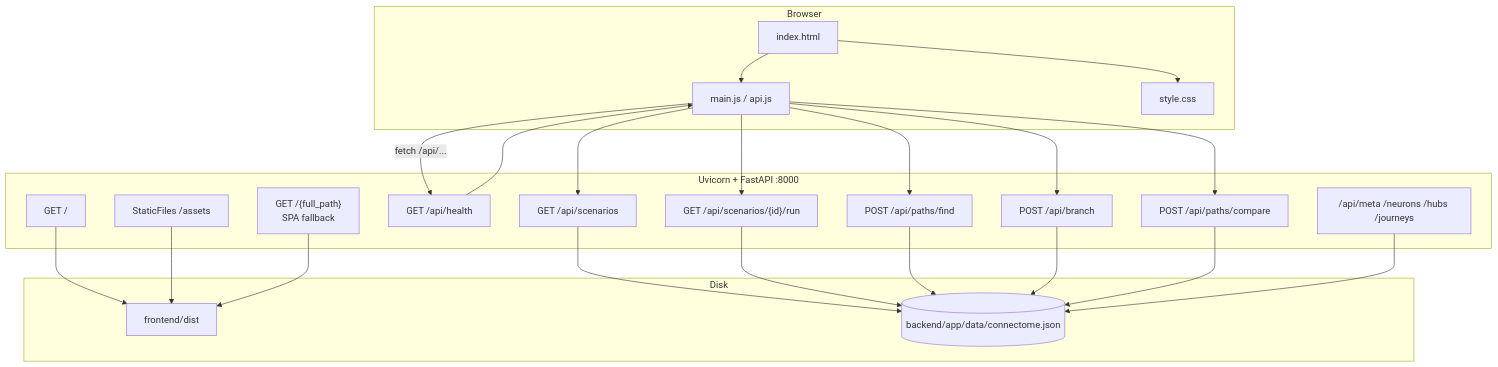
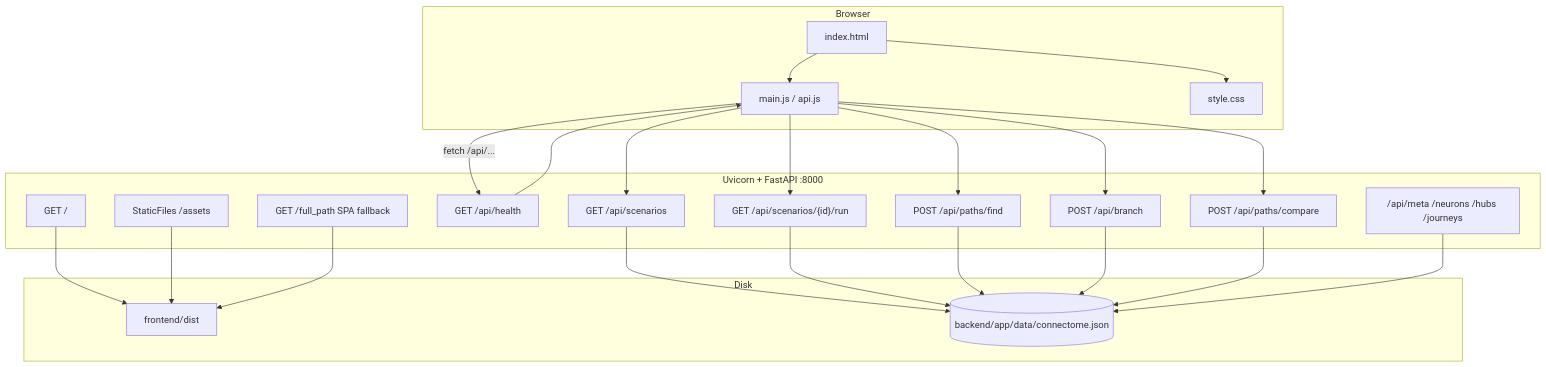
The first of 9 diagrams in docs/ARCHITECTURE.md (kalyandhar84/When-LLM-Play-with-fruit-fly-s-Brain), drawn with Mermaid before and after one commit. The commit also changed other lines of this file and 9 other files, not shown here.

````diff
--- a/docs/ARCHITECTURE.md
+++ b/docs/ARCHITECTURE.md
@@ -457,45 +457,45 @@
 ```mermaid
 flowchart TB
   subgraph Browser
     HTML[index.html]
-    JS[main.js / api.js]
+    JS["main.js / api.js"]
     CSS[style.css]
   end
 
   subgraph "Uvicorn + FastAPI :8000"
     ROOT["GET /"]
     ASSETS["StaticFiles /assets"]
-    FALL["GET /{full_path}<br/>SPA fallback"]
+    FALL["GET /full_path SPA fallback"]
     HEALTH["GET /api/health"]
     SCEN["GET /api/scenarios"]
     RUN["GET /api/scenarios/{id}/run"]
     FIND["POST /api/paths/find"]
     BRANCH["POST /api/branch"]
     CMP["POST /api/paths/compare"]
     OTHER["/api/meta /neurons /hubs /journeys"]
   end
 
   subgraph Disk
     DIST["frontend/dist"]
     JSON[("backend/app/data/connectome.json")]
   end
 
   HTML --> JS
   HTML --> CSS
   JS -->|fetch /api/...| HEALTH
   JS --> SCEN
   JS --> RUN
   JS --> FIND
   JS --> BRANCH
   JS --> CMP
   ROOT --> DIST
   ASSETS --> DIST
   FALL --> DIST
   HEALTH --> JS
   SCEN --> JSON
   RUN --> JSON
   FIND --> JSON
   BRANCH --> JSON
   CMP --> JSON
   OTHER --> JSON
 ```
````
